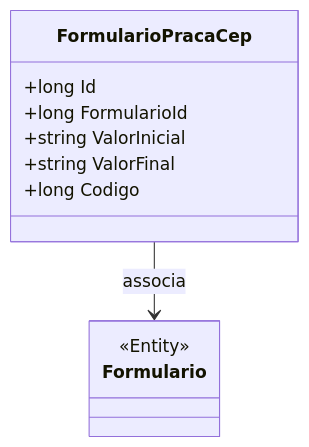
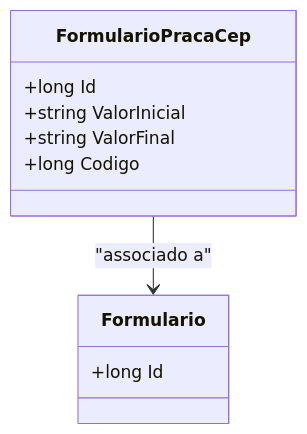
Before and after one commit to IsthmusSistemas/documentacao-tecnica: the diagram in docs/b2b-dominio/IsthmusWinthor.Nucleo/IsthmusWinthor.Dominio/Entidades/FormularioPracaCep.md, drawn with Mermaid. The commit also changed other lines of this file and 882 other files, not shown here.

````diff
--- a/docs/b2b-dominio/IsthmusWinthor.Nucleo/IsthmusWinthor.Dominio/Entidades/FormularioPracaCep.md
+++ b/docs/b2b-dominio/IsthmusWinthor.Nucleo/IsthmusWinthor.Dominio/Entidades/FormularioPracaCep.md
@@ -21,14 +22,14 @@
 ```mermaid
 classDiagram
     class FormularioPracaCep {
         +long Id
-        +long FormularioId
         +string ValorInicial
         +string ValorFinal
         +long Codigo
     }
     class Formulario {
-        <<Entity>>
+        +long Id
     }
-    FormularioPracaCep --> Formulario : associa
+    
+    FormularioPracaCep --> Formulario : "associado a"
 ```
````
